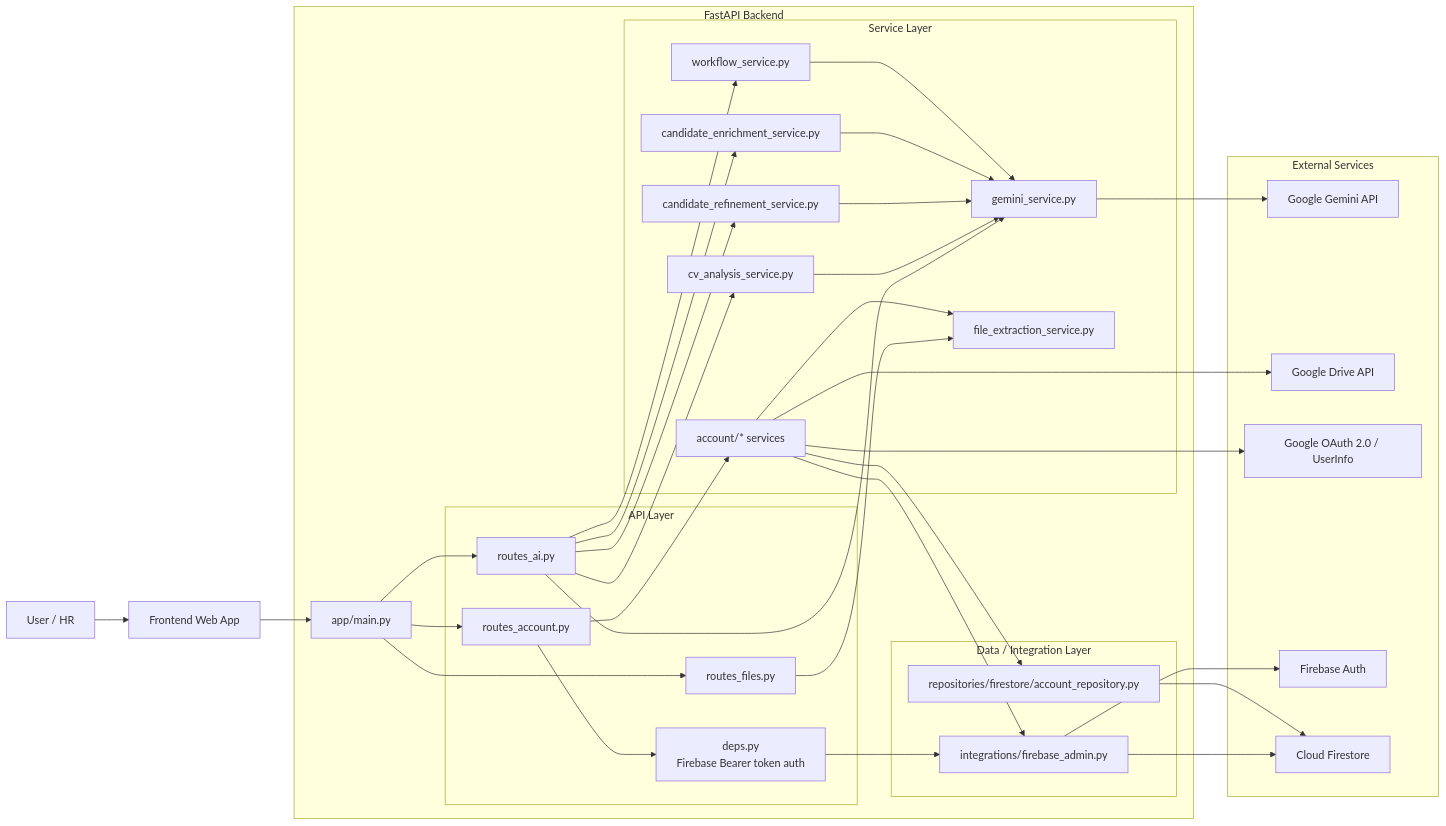
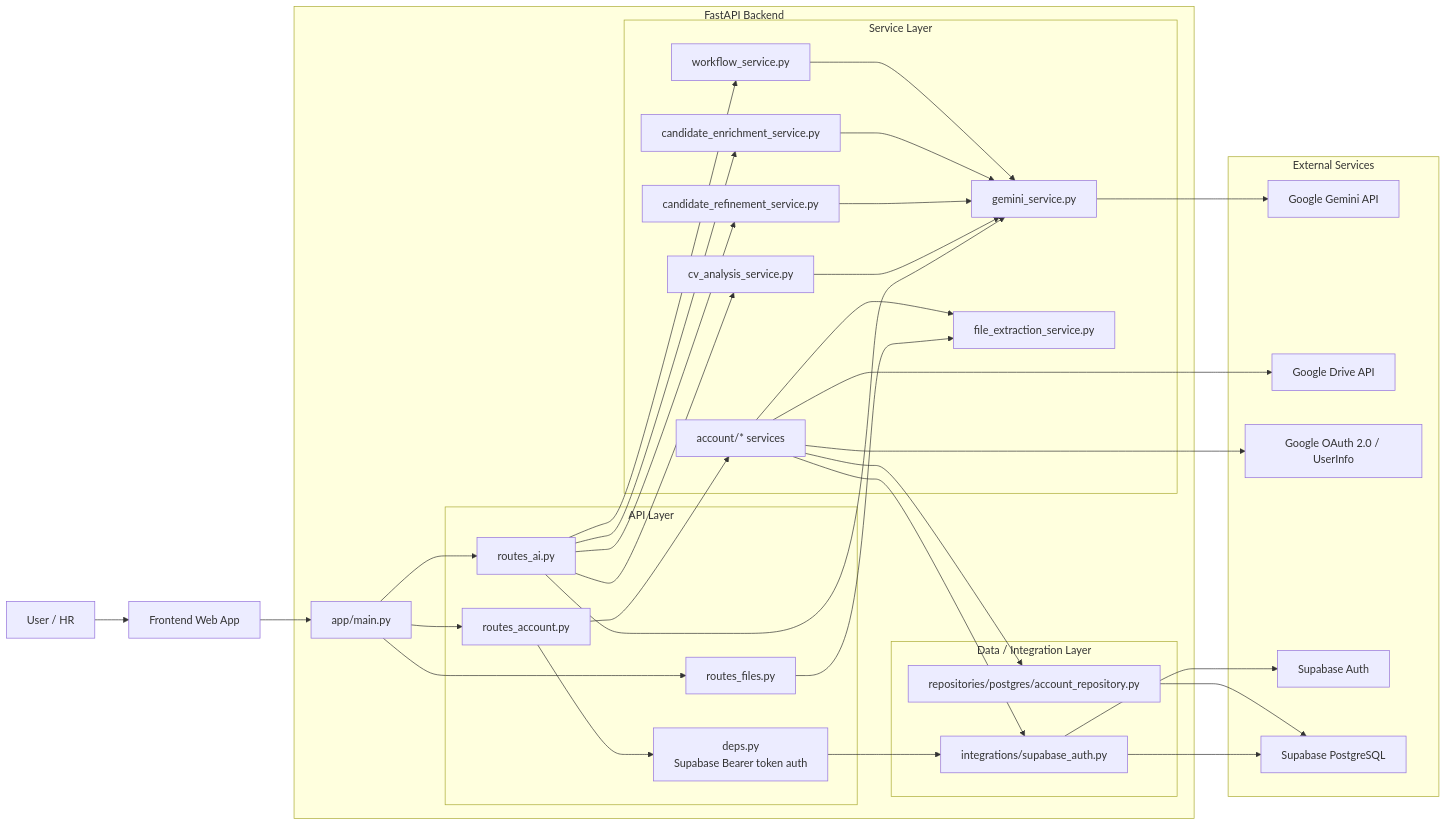
The first of 5 diagrams in api_server/docs/README.md (TechFutureAIFPT/ApiSupportHR-), drawn with Mermaid before and after one commit. The commit also changed other lines of this file and 68 other files, not shown here.

````diff
--- a/api_server/docs/README.md
+++ b/api_server/docs/README.md
@@ -37,70 +37,70 @@
 ```mermaid
 flowchart LR
     U["User / HR"] --> FE["Frontend Web App"]
 
     subgraph BE["FastAPI Backend"]
         MAIN["app/main.py"]
 
         subgraph API["API Layer"]
             RAI["routes_ai.py"]
             RF["routes_files.py"]
             RAC["routes_account.py"]
-            DEPS["deps.py<br/>Firebase Bearer token auth"]
+            DEPS["deps.py<br/>Supabase Bearer token auth"]
         end
 
         subgraph SVC["Service Layer"]
             GS["gemini_service.py"]
             FES["file_extraction_service.py"]
             CVS["cv_analysis_service.py"]
             CES["candidate_enrichment_service.py"]
             CRS["candidate_refinement_service.py"]
             WFS["workflow_service.py"]
             ACC["account/* services"]
         end
 
         subgraph DATA["Data / Integration Layer"]
-            FBADM["integrations/firebase_admin.py"]
-            REPO["repositories/firestore/account_repository.py"]
+            FBADM["integrations/supabase_auth.py"]
+            REPO["repositories/postgres/account_repository.py"]
         end
     end
 
     subgraph EXT["External Services"]
         GEM["Google Gemini API"]
         GDRV["Google Drive API"]
         GAUTH["Google OAuth 2.0 / UserInfo"]
-        FBAUTH["Firebase Auth"]
-        FSTORE["Cloud Firestore"]
+        FBAUTH["Supabase Auth"]
+        FSTORE["Supabase PostgreSQL"]
     end
 
     FE --> MAIN
     MAIN --> RAI
     MAIN --> RF
     MAIN --> RAC
 
     RAC --> DEPS
     DEPS --> FBADM
     FBADM --> FBAUTH
 
     RAI --> CVS
     RAI --> CRS
     RAI --> CES
     RAI --> WFS
     RAI --> GS
 
     RF --> FES
     RAC --> ACC
 
     CVS --> GS
     CRS --> GS
     CES --> GS
     WFS --> GS
     ACC --> FES
     ACC --> FBADM
     ACC --> REPO
 
     FBADM --> FSTORE
     REPO --> FSTORE
     GS --> GEM
     ACC --> GDRV
     ACC --> GAUTH
 ```
````
